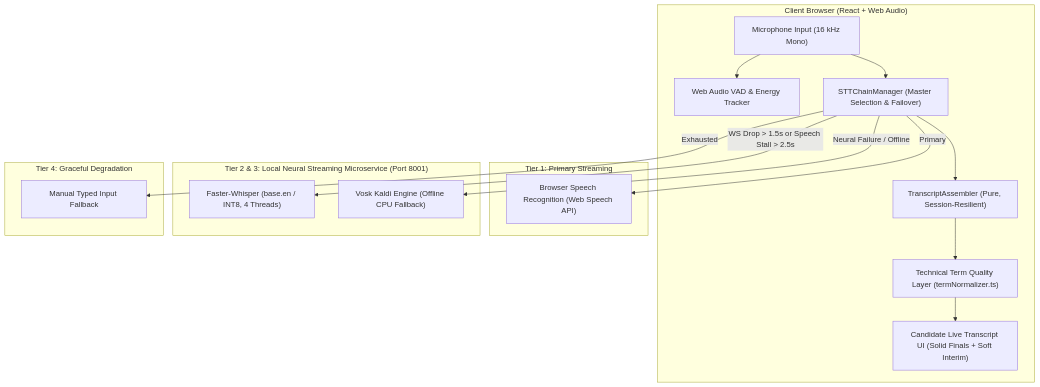
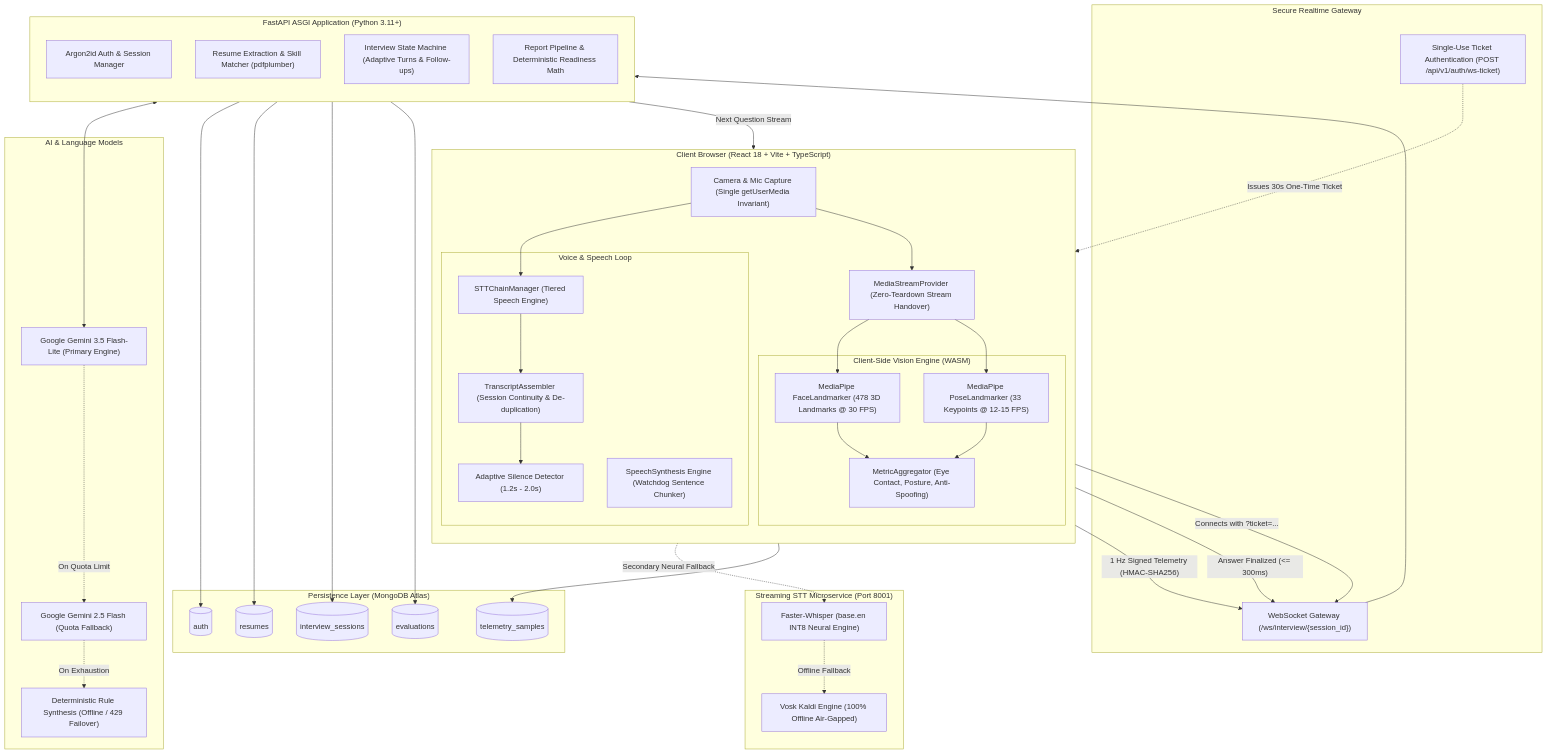
The diagram in README.md (vinaysimhareddy/InterviewForge), drawn with Mermaid before and after one commit. The commit also changed other lines of this file, not shown here.

Commit message:
docs: overhaul README with architecture, tech stack, AI models, and setup instructions

````diff
--- a/README.md
+++ b/README.md
@@ -293,35 +11,82 @@
 ```mermaid
 flowchart TD
-    subgraph Client ["Client Browser (React + Web Audio)"]
-        Mic["Microphone Input (16 kHz Mono)"]
-        VAD["Web Audio VAD & Energy Tracker"]
-        TA["TranscriptAssembler (Pure, Session-Resilient)"]
-        TN["Technical Term Quality Layer (termNormalizer.ts)"]
-        UI["Candidate Live Transcript UI (Solid Finals + Soft Interim)"]
-        Chain["STTChainManager (Master Selection & Failover)"]
+    subgraph Client ["Client Browser (React 18 + Vite + TypeScript)"]
+        direction TB
+        CameraMic["Camera & Mic Capture (Single getUserMedia Invariant)"]
+        MSP["MediaStreamProvider (Zero-Teardown Stream Handover)"]
+        
+        subgraph VisionEngine ["Client-Side Vision Engine (WASM)"]
+            FaceLM["MediaPipe FaceLandmarker (478 3D Landmarks @ 30 FPS)"]
+            PoseLM["MediaPipe PoseLandmarker (33 Keypoints @ 12-15 FPS)"]
+            Aggregator["MetricAggregator (Eye Contact, Posture, Anti-Spoofing)"]
+        end
 
-        Mic --> VAD
-        Mic --> Chain
-        Chain --> TA
-        TA --> TN
-        TN --> UI
+        subgraph AudioEngine ["Voice & Speech Loop"]
+            STTChain["STTChainManager (Tiered Speech Engine)"]
+            TA["TranscriptAssembler (Session Continuity & De-duplication)"]
+            VAD["Adaptive Silence Detector (1.2s - 2.0s)"]
+            TTS["SpeechSynthesis Engine (Watchdog Sentence Chunker)"]
+        end
+
+        CameraMic --> MSP
+        MSP --> FaceLM & PoseLM
+        FaceLM & PoseLM --> Aggregator
+        CameraMic --> STTChain
+        STTChain --> TA
+        TA --> VAD
     end
 
-    subgraph Tier1 ["Tier 1: Primary Streaming"]
-        BrowserSTT["Browser Speech Recognition (Web Speech API)"]
+    subgraph Gateway ["Secure Realtime Gateway"]
+        TicketAuth["Single-Use Ticket Authentication (POST /api/v1/auth/ws-ticket)"]
+        WSServer["WebSocket Gateway (/ws/interview/{session_id})"]
     end
 
-    subgraph Tier2 ["Tier 2 & 3: Local Neural Streaming Microservice (Port 8001)"]
-        FW["Faster-Whisper (base.en / INT8, 4 Threads)"]
-        Vosk["Vosk Kaldi Engine (Offline CPU Fallback)"]
+    subgraph Backend ["FastAPI ASGI Application (Python 3.11+)"]
+        direction TB
+        AuthService["Argon2id Auth & Session Manager"]
+        ResumeParser["Resume Extraction & Skill Matcher (pdfplumber)"]
+        LangGraphSM["Interview State Machine (Adaptive Turns & Follow-ups)"]
+        ReportEngine["Report Pipeline & Deterministic Readiness Math"]
     end
 
-    subgraph Tier4 ["Tier 4: Graceful Degradation"]
-        Typed["Manual Typed Input Fallback"]
+    subgraph ExternalAI ["AI & Language Models"]
+        GeminiPrimary["Google Gemini 3.5 Flash-Lite (Primary Engine)"]
+        GeminiFallback["Google Gemini 2.5 Flash (Quota Fallback)"]
+        RuleEngine["Deterministic Rule Synthesis (Offline / 429 Failover)"]
     end
 
-    Chain -- Primary --> BrowserSTT
-    Chain -- WS Drop > 1.5s or Speech Stall > 2.5s --> FW
-    Chain -- Neural Failure / Offline --> Vosk
-    Chain -- Exhausted --> Typed
+    subgraph OptionalSTT ["Streaming STT Microservice (Port 8001)"]
+        FasterWhisper["Faster-Whisper (base.en INT8 Neural Engine)"]
+        Vosk["Vosk Kaldi Engine (100% Offline Air-Gapped)"]
+    end
+
+    subgraph Storage ["Persistence Layer (MongoDB Atlas)"]
+        MongoAuth[("auth")]
+        MongoResumes[("resumes")]
+        MongoSessions[("interview_sessions")]
+        MongoTelemetry[("telemetry_samples")]
+        MongoReports[("evaluations")]
+    end
+
+    %% Connections
+    Aggregator -- "1 Hz Signed Telemetry (HMAC-SHA256)" --> WSServer
+    VAD -- "Answer Finalized (<= 300ms)" --> WSServer
+    TicketAuth -. "Issues 30s One-Time Ticket" .-> Client
+    Client -- "Connects with ?ticket=..." --> WSServer
+    WSServer --> LangGraphSM
+    
+    LangGraphSM <--> GeminiPrimary
+    GeminiPrimary -. "On Quota Limit" .-> GeminiFallback
+    GeminiFallback -. "On Exhaustion" .-> RuleEngine
+    
+    STTChain -. "Secondary Neural Fallback" .-> FasterWhisper
+    FasterWhisper -. "Offline Fallback" .-> Vosk
+
+    AuthService --> MongoAuth
+    ResumeParser --> MongoResumes
+    LangGraphSM --> MongoSessions
+    Aggregator --> MongoTelemetry
+    ReportEngine --> MongoReports
+    
+    LangGraphSM -- "Next Question Stream" --> TTS
 ```
````
